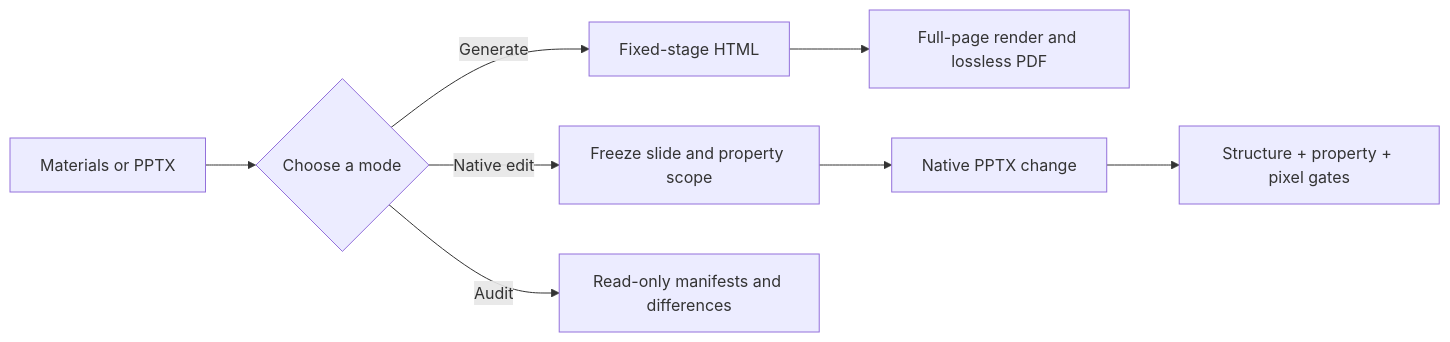
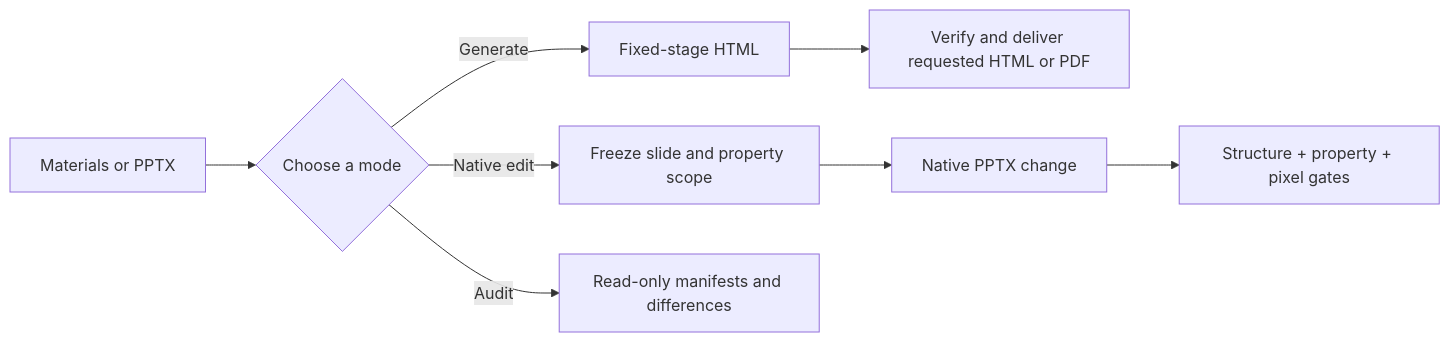
Before and after one commit to jiefeis/deck-forge: the diagram in .github/README.en.md, drawn with Mermaid. The commit also changed other lines of this file and 21 other files, not shown here.

````diff
--- a/.github/README.en.md
+++ b/.github/README.en.md
@@ -65,10 +65,10 @@
 ```mermaid
 flowchart LR
     A[Materials or PPTX] --> B{Choose a mode}
     B -->|Generate| C[Fixed-stage HTML]
-    C --> D[Full-page render and lossless PDF]
+    C --> D[Verify and deliver requested HTML or PDF]
     B -->|Native edit| E[Freeze slide and property scope]
     E --> F[Native PPTX change]
     F --> G[Structure + property + pixel gates]
     B -->|Audit| H[Read-only manifests and differences]
 ```
````
